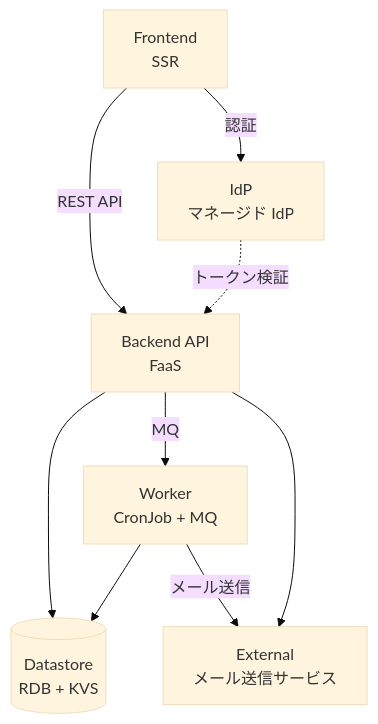
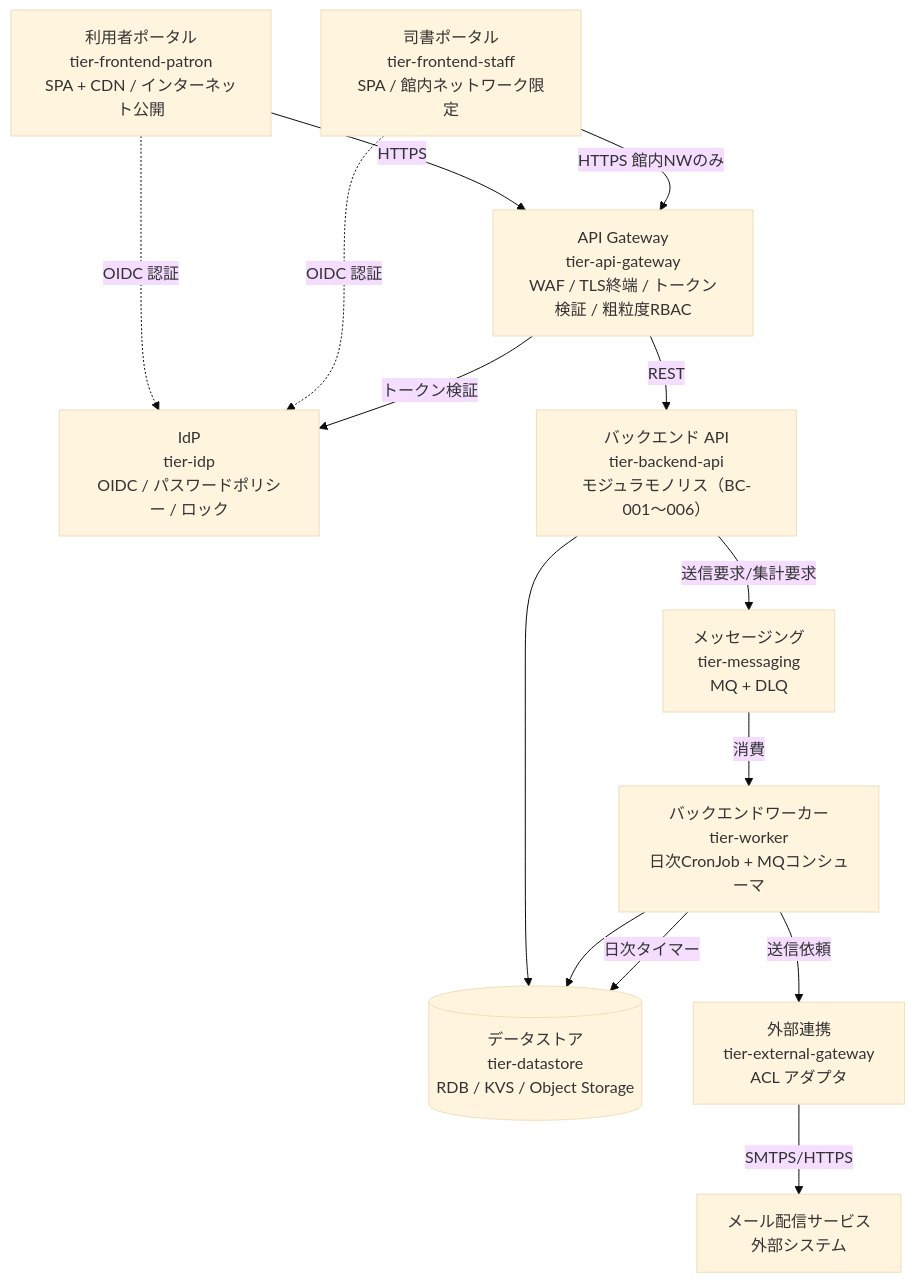
One commit to suwa-sh/suwa-sh-claude-plugins changed the third of 8 diagrams in samples/distillery/pipeline/README.md. Above: the diagram before and after it, drawn with Mermaid (base theme). The commit also changed other lines of this file and 1723 other files, not shown here.

````diff
--- a/samples/distillery/pipeline/README.md
+++ b/samples/distillery/pipeline/README.md
@@ -159,11 +136,27 @@
 ```mermaid
 graph TD
-FE[Frontend<br/>SSR] -->|REST API| API[Backend API<br/>FaaS]
-API --> DS[(Datastore<br/>RDB + KVS)]
-API -->|MQ| WK[Worker<br/>CronJob + MQ]
+PATRON["利用者ポータル<br/>tier-frontend-patron<br/>SPA + CDN / インターネット公開"]
+STAFF["司書ポータル<br/>tier-frontend-staff<br/>SPA / 館内ネットワーク限定"]
+GW["API Gateway<br/>tier-api-gateway<br/>WAF / TLS終端 / トークン検証 / 粗粒度RBAC"]
+IDP["IdP<br/>tier-idp<br/>OIDC / パスワードポリシー / ロック"]
+API["バックエンド API<br/>tier-backend-api<br/>モジュラモノリス（BC-001〜006）"]
+MQ["メッセージング<br/>tier-messaging<br/>MQ + DLQ"]
+WK["バックエンドワーカー<br/>tier-worker<br/>日次CronJob + MQコンシューマ"]
+DS[("データストア<br/>tier-datastore<br/>RDB / KVS / Object Storage")]
+EXTGW["外部連携<br/>tier-external-gateway<br/>ACL アダプタ"]
+MAIL["メール配信サービス<br/>外部システム"]
+
+PATRON -->|HTTPS| GW
+STAFF -->|HTTPS 館内NWのみ| GW
+PATRON -.->|OIDC 認証| IDP
+STAFF -.->|OIDC 認証| IDP
+GW -->|トークン検証| IDP
+GW -->|REST| API
+API --> DS
+API -->|送信要求/集計要求| MQ
+MQ -->|消費| WK
 WK --> DS
-WK -->|メール送信| EXT[External<br/>メール送信サービス]
-API --> EXT
-IdP[IdP<br/>マネージド IdP] -.->|トークン検証| API
-FE -->|認証| IdP
+WK -->|日次タイマー| DS
+WK -->|送信依頼| EXTGW
+EXTGW -->|SMTPS/HTTPS| MAIL
 ```
````
